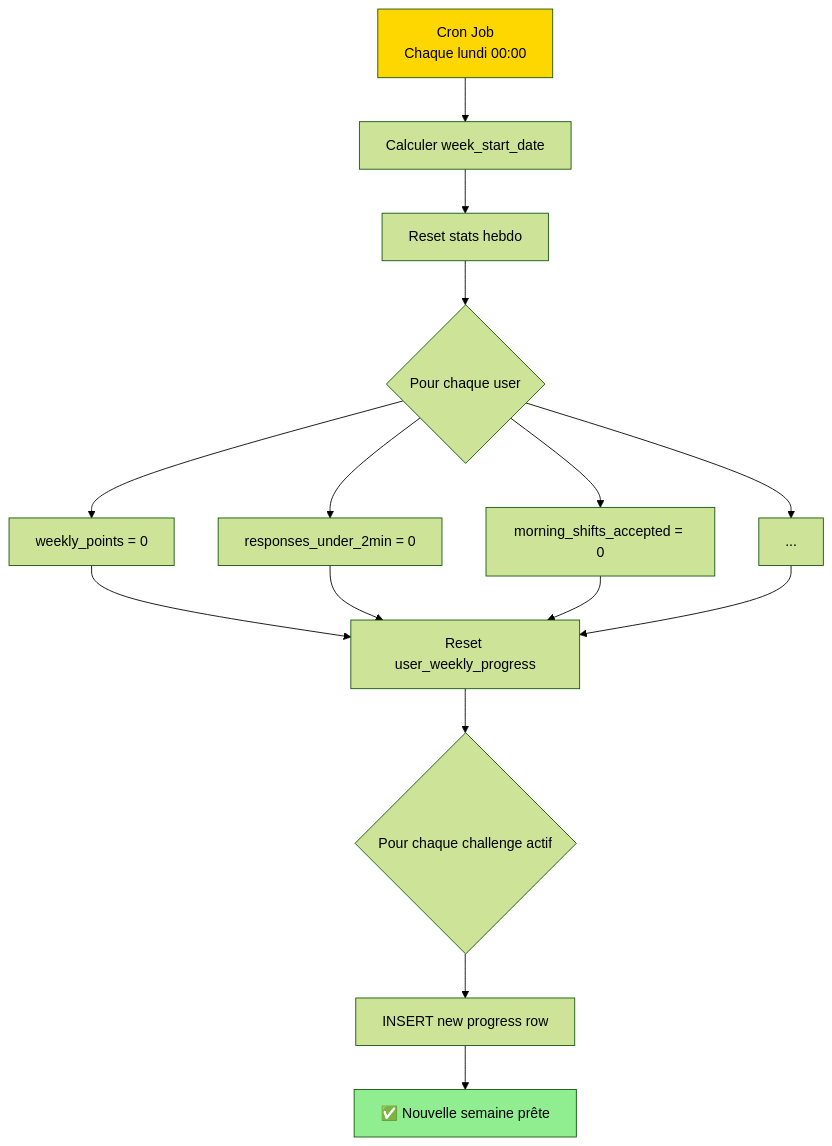
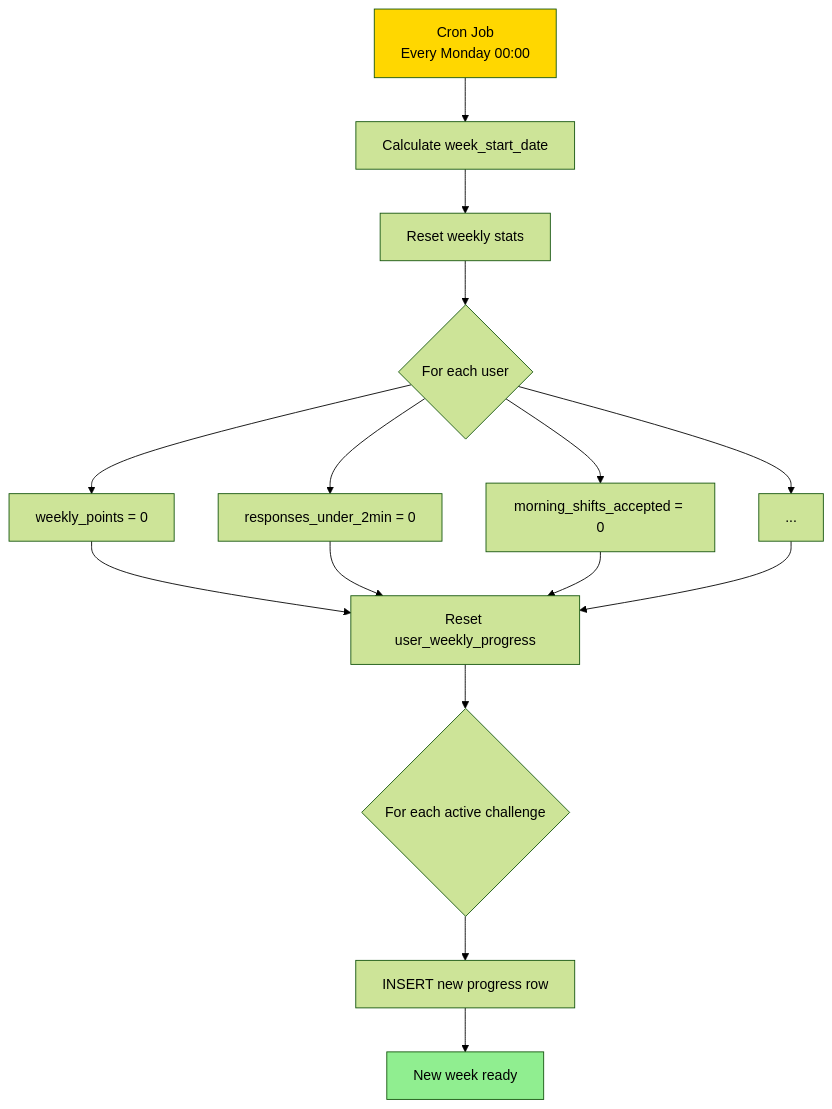
The seventh of 8 diagrams in USER_FLOWS.md (shiftexpress01/public), drawn with Mermaid (forest theme) before and after one commit. The commit also changed other lines of this file, not shown here.

````diff
--- a/USER_FLOWS.md
+++ b/USER_FLOWS.md
@@ -242,21 +242,21 @@
 ```mermaid
 flowchart TD
-    CRON[Cron Job<br/>Chaque lundi 00:00] --> GET_WEEK[Calculer week_start_date]
+    CRON[Cron Job<br/>Every Monday 00:00] --> GET_WEEK[Calculate week_start_date]
 
-    GET_WEEK --> RESET_STATS[Reset stats hebdo]
-    RESET_STATS --> RESET_WEEKLY{Pour chaque user}
+    GET_WEEK --> RESET_STATS[Reset weekly stats]
+    RESET_STATS --> RESET_WEEKLY{For each user}
 
     RESET_WEEKLY --> R1[weekly_points = 0]
     RESET_WEEKLY --> R2[responses_under_2min = 0]
     RESET_WEEKLY --> R3[morning_shifts_accepted = 0]
     RESET_WEEKLY --> R4[...]
 
     R1 & R2 & R3 & R4 --> UPDATE_PROGRESS[Reset user_weekly_progress]
 
-    UPDATE_PROGRESS --> NEW_WEEK{Pour chaque challenge actif}
+    UPDATE_PROGRESS --> NEW_WEEK{For each active challenge}
     NEW_WEEK --> INSERT[INSERT new progress row]
-    INSERT --> DONE[✅ Nouvelle semaine prête]
+    INSERT --> DONE[New week ready]
 
     style CRON fill:#FFD700
     style DONE fill:#90EE90
 ```
````
